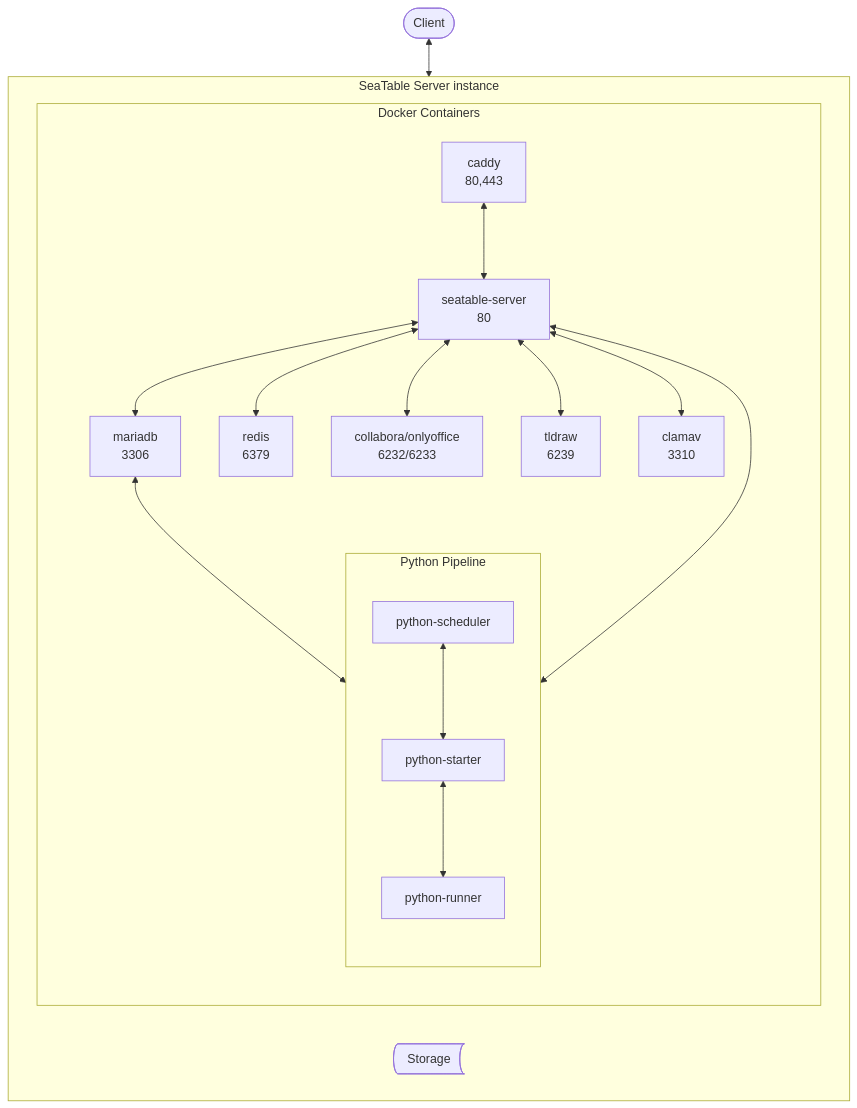
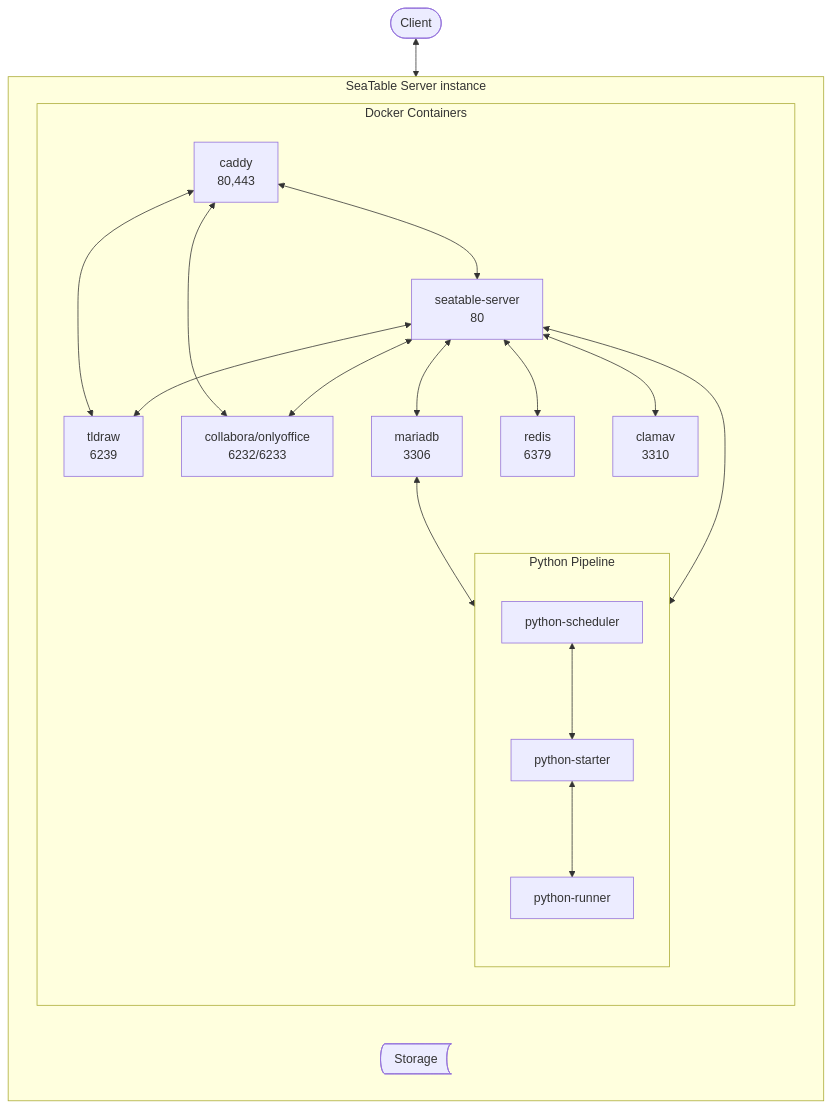
Before and after one commit to seatable/seatable-admin-docs: the second of 3 diagrams in docs/introduction/architecture.md, drawn with Mermaid. The commit also changed other lines of this file, not shown here.

Commit message:
updated architecture

````diff
--- a/docs/introduction/architecture.md
+++ b/docs/introduction/architecture.md
@@ -33,35 +33,37 @@
 ```mermaid
 flowchart TB
     Client@{ shape: pill, label: "Client"}
     Client<-->C
     subgraph s[SeaTable Server instance]
         direction LR
         subgraph d[Docker Containers]
             direction TB
             C[caddy<br/>80,443]
             SS[seatable-server<br/>80]
             MDB[mariadb<br/>3306]
             R[redis<br/>6379]
             OO[collabora/onlyoffice<br/>6232/6233]
             Tld[tldraw<br/>6239]
             CAV[clamav<br/>3310]
             PSc[python-scheduler]
             PSt[python-starter]
             PR[python-runner]
             C<-->SS
+            C<-->Tld
+            C<-->OO
             SS<-->MDB
             MDB<-->PSc
                subgraph p[Python Pipeline]
                   direction TB
                   PSc<-->PSt
                   PSt<-->PR
                end
             SS<-->R
             SS<-->OO
             SS<-->Tld
             SS<-->CAV
             SS<-->PSc
         end
         F@{ shape: bow-rect, label: "Storage"}
     end
 ```
````
